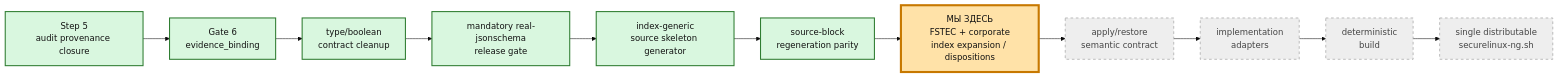
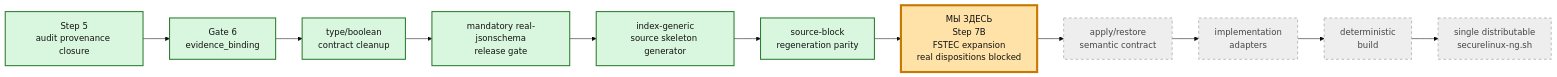
One commit to rasav65/SecureLinux-Policy changed the fifth of 5 diagrams in docs/PROJECT-MAP-v3.md. Above: the diagram before and after it, drawn with Mermaid (base theme). The commit also changed 9 other files, not shown here.

````diff
--- a/docs/PROJECT-MAP-v3.md
+++ b/docs/PROJECT-MAP-v3.md
@@ -256,20 +256,20 @@
 ```mermaid
 flowchart LR
     S1["Step 5<br/>audit provenance closure"]:::closed
     S2["Gate 6<br/>evidence_binding"]:::closed
     S3["type/boolean<br/>contract cleanup"]:::closed
     S4["mandatory real-jsonschema<br/>release gate"]:::closed
     S5["index-generic<br/>source skeleton generator"]:::closed
     S6["source-block<br/>regeneration parity"]:::closed
-    S7["МЫ ЗДЕСЬ<br/>FSTEC + corporate<br/>index expansion / dispositions"]:::current
+    S7["МЫ ЗДЕСЬ<br/>Step 7B<br/>FSTEC expansion<br/>real dispositions blocked"]:::current
     S8["apply/restore<br/>semantic contract"]:::future
     S9["implementation<br/>adapters"]:::future
     S10["deterministic<br/>build"]:::future
     S11["single distributable<br/>securelinux-ng.sh"]:::future
 
     S1 --> S2 --> S3 --> S4 --> S5 --> S6 --> S7 --> S8 --> S9 --> S10 --> S11
 
     classDef closed fill:#d9f7df,stroke:#2f7d32,color:#111,stroke-width:2px;
     classDef current fill:#ffe2a8,stroke:#c77800,color:#111,stroke-width:4px;
     classDef future fill:#eeeeee,stroke:#888,color:#444,stroke-dasharray: 5 5;
 ```
````
